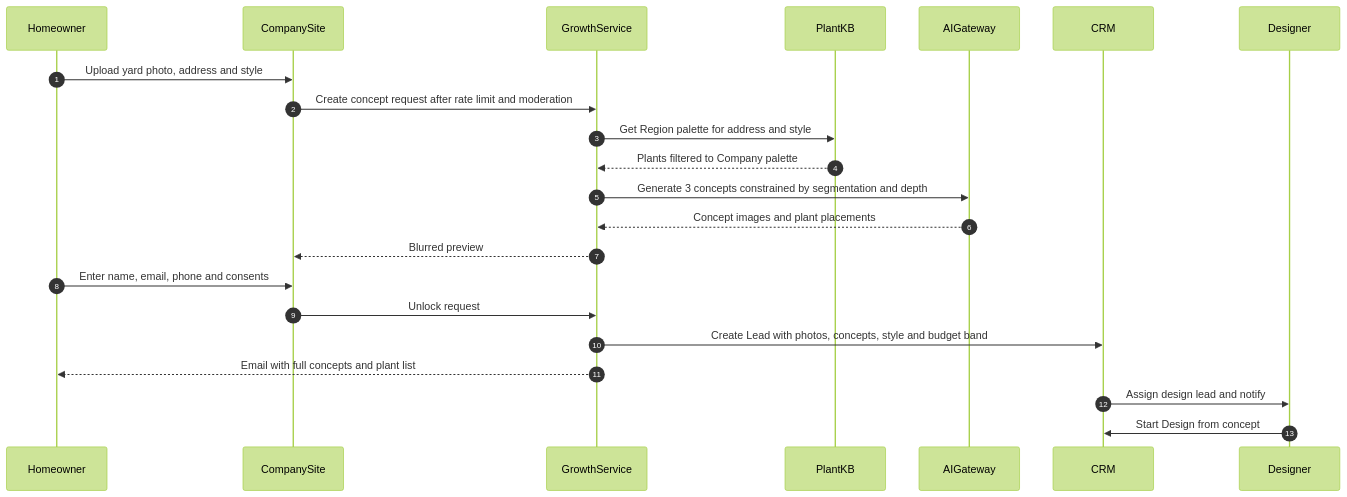
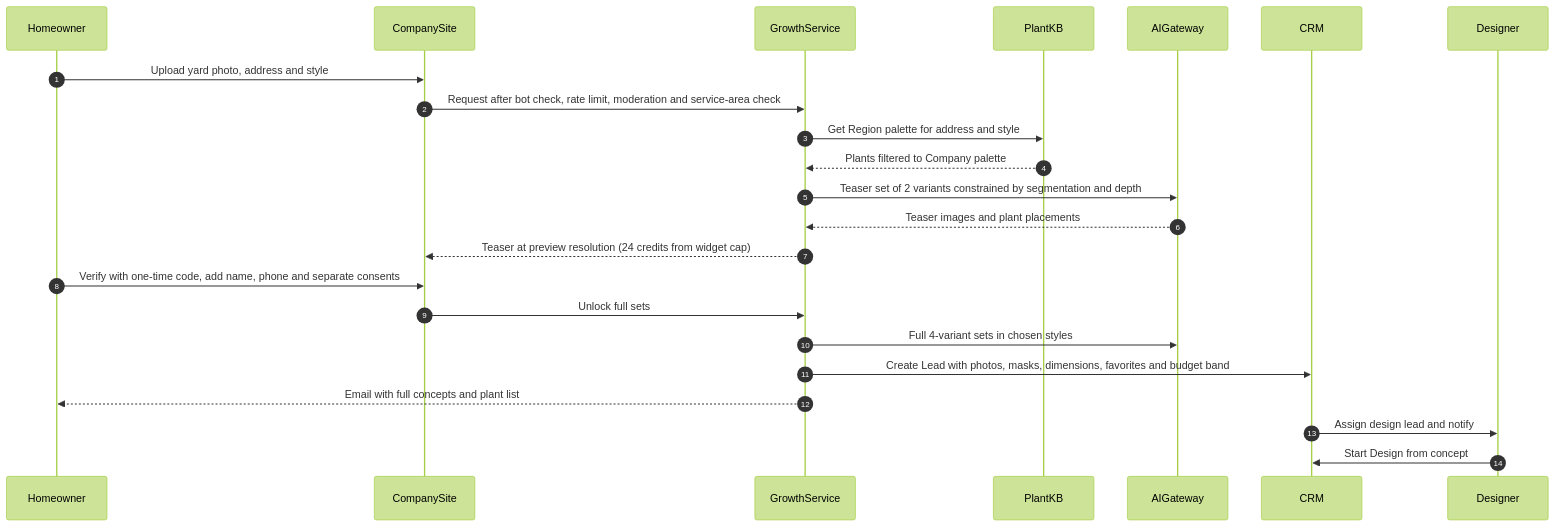
One commit to jdinard/landscape changed the third of 15 diagrams in docs/16-marketing-growth-communications.md. Above: the diagram before and after it, drawn with Mermaid (forest theme). The commit also changed other lines of this file and 4 other files, not shown here.

First line of the commit message:
Consistency pass: align market, personas, CRM/estimating and marketing docs with roadmap retags and owner docs

````diff
--- a/docs/16-marketing-growth-communications.md
+++ b/docs/16-marketing-growth-communications.md
@@ -914,24 +966,25 @@
 ```mermaid
 sequenceDiagram
     autonumber
     participant HO as Homeowner
     participant Site as CompanySite
     participant Growth as GrowthService
     participant KB as PlantKB
     participant AI as AIGateway
     participant CRM as CRM
     participant Des as Designer
     HO->>Site: Upload yard photo, address and style
-    Site->>Growth: Create concept request after rate limit and moderation
+    Site->>Growth: Request after bot check, rate limit, moderation and service-area check
     Growth->>KB: Get Region palette for address and style
     KB-->>Growth: Plants filtered to Company palette
-    Growth->>AI: Generate 3 concepts constrained by segmentation and depth
-    AI-->>Growth: Concept images and plant placements
-    Growth-->>Site: Blurred preview
-    HO->>Site: Enter name, email, phone and consents
-    Site->>Growth: Unlock request
-    Growth->>CRM: Create Lead with photos, concepts, style and budget band
+    Growth->>AI: Teaser set of 2 variants constrained by segmentation and depth
+    AI-->>Growth: Teaser images and plant placements
+    Growth-->>Site: Teaser at preview resolution (24 credits from widget cap)
+    HO->>Site: Verify with one-time code, add name, phone and separate consents
+    Site->>Growth: Unlock full sets
+    Growth->>AI: Full 4-variant sets in chosen styles
+    Growth->>CRM: Create Lead with photos, masks, dimensions, favorites and budget band
     Growth-->>HO: Email with full concepts and plant list
     CRM->>Des: Assign design lead and notify
     Des->>CRM: Start Design from concept
 ```
````
